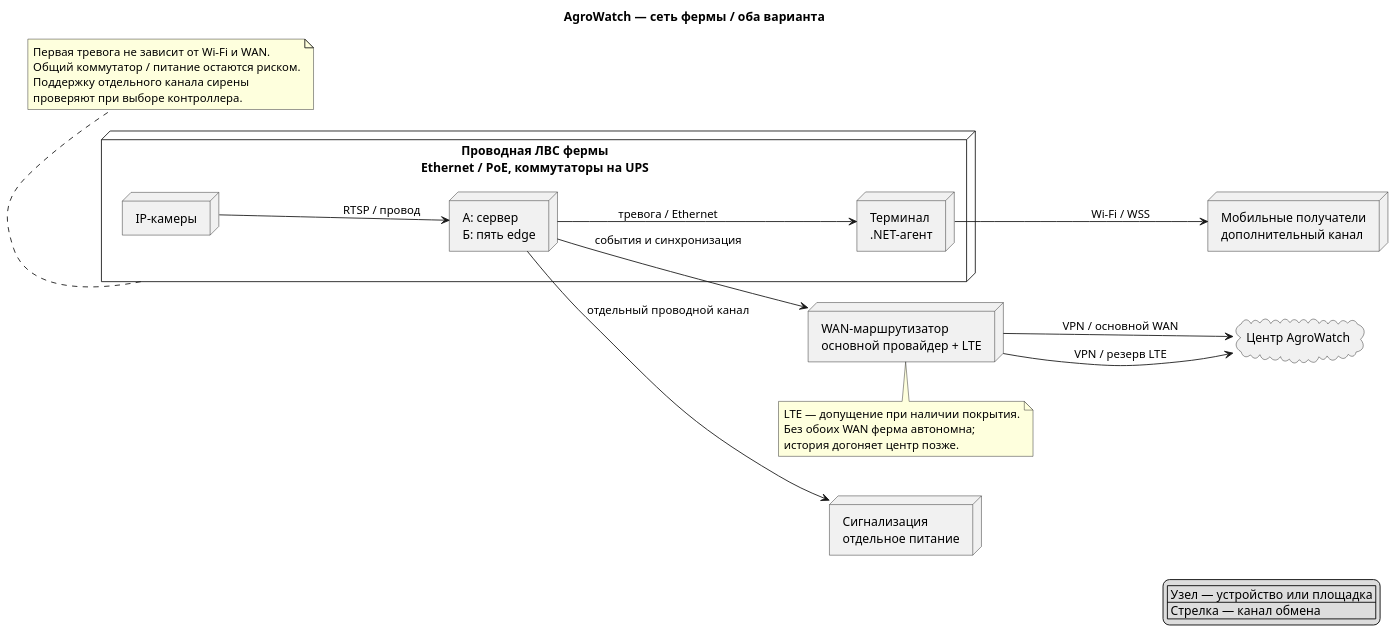
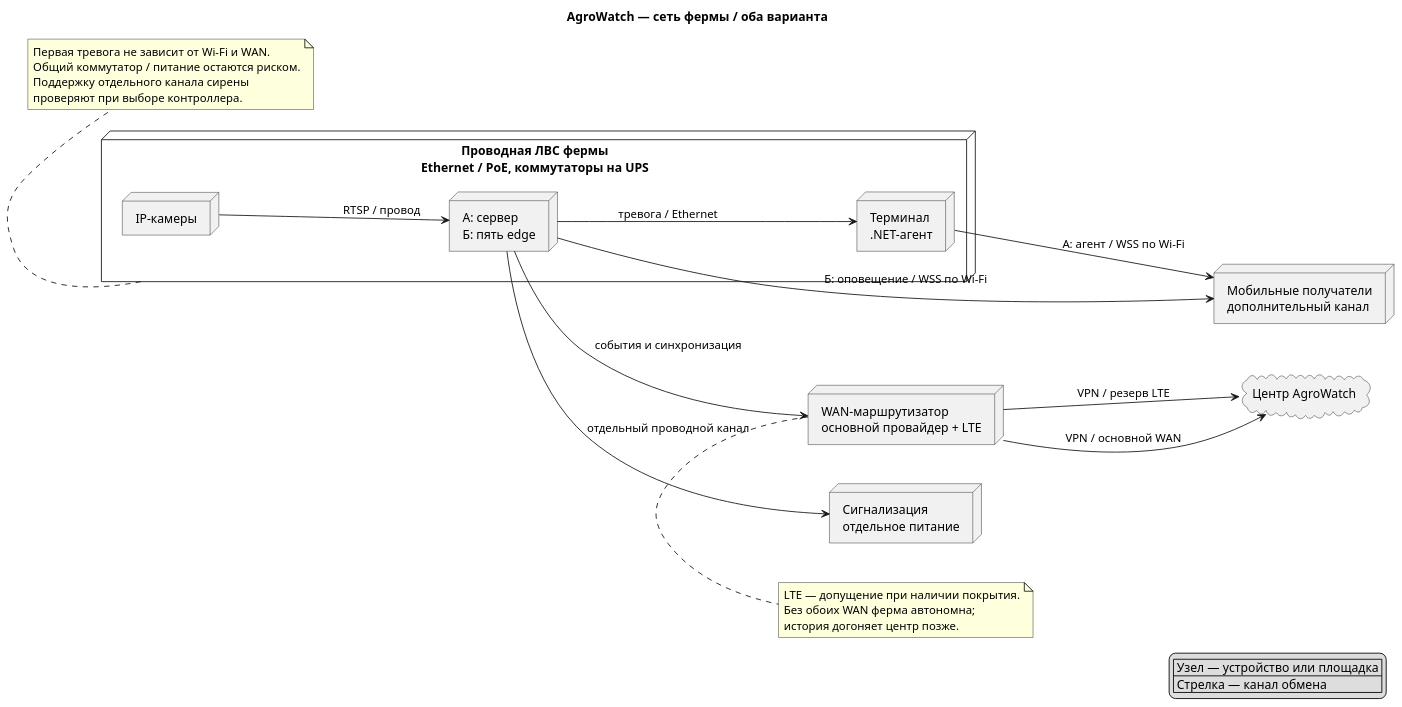
The diagram in Task1/diagrams/network.puml (rozhkovsvyat/MSA-AgroTech), drawn with PlantUML before and after one commit. The commit also changed 35 other files, not shown here.

```diff
--- a/Task1/diagrams/network.puml
+++ b/Task1/diagrams/network.puml
@@ -1,40 +1,41 @@
 @startuml
 skinparam defaultFontName Arial
 skinparam dpi 110
 skinparam shadowing false
 skinparam nodesep 45
 skinparam ranksep 65
 left to right direction
 title AgroWatch — сеть фермы / оба варианта
 node "Проводная ЛВС фермы\nEthernet / PoE, коммутаторы на UPS" as lan {
  node "IP-камеры" as cam
  node "А: сервер\nБ: пять edge" as cpu
  node "Терминал\n.NET-агент" as term
 }
 node "Сигнализация\nотдельное питание" as sound
 node "Мобильные получатели\nдополнительный канал" as mobile
 node "WAN-маршрутизатор\nосновной провайдер + LTE" as wan
 cloud "Центр AgroWatch" as center
 cam --> cpu : RTSP / провод
 cpu --> term : тревога / Ethernet
 cpu -down-> sound : отдельный проводной канал
-term -down-> mobile : Wi-Fi / WSS
+term -down-> mobile : А: агент / WSS по Wi-Fi
+cpu -down-> mobile : Б: оповещение / WSS по Wi-Fi
 cpu -down-> wan : события и синхронизация
 wan --> center : VPN / основной WAN
 wan --> center : VPN / резерв LTE
 note bottom of wan
 LTE — допущение при наличии покрытия.
 Без обоих WAN ферма автономна;
 история догоняет центр позже.
 end note
 note bottom of lan
 Первая тревога не зависит от Wi-Fi и WAN.
 Общий коммутатор / питание остаются риском.
 Поддержку отдельного канала сирены
 проверяют при выборе контроллера.
 end note
 legend right
 | Узел — устройство или площадка |
 | Стрелка — канал обмена |
 endlegend
 @enduml
```
